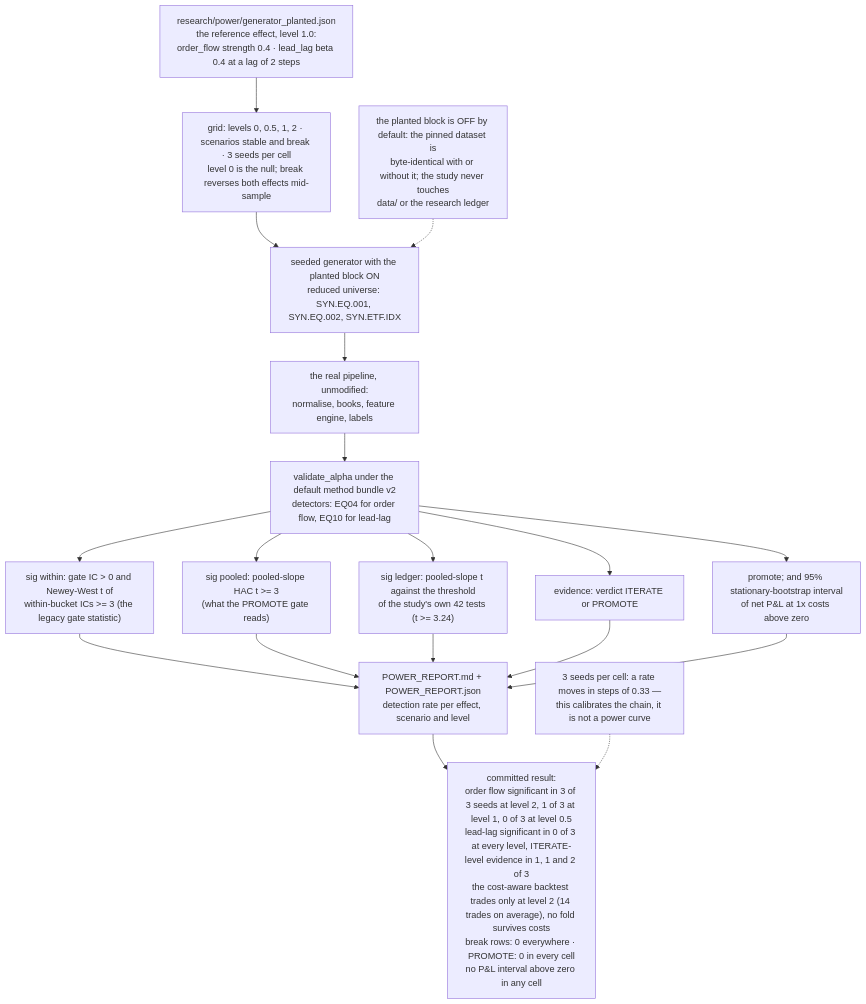
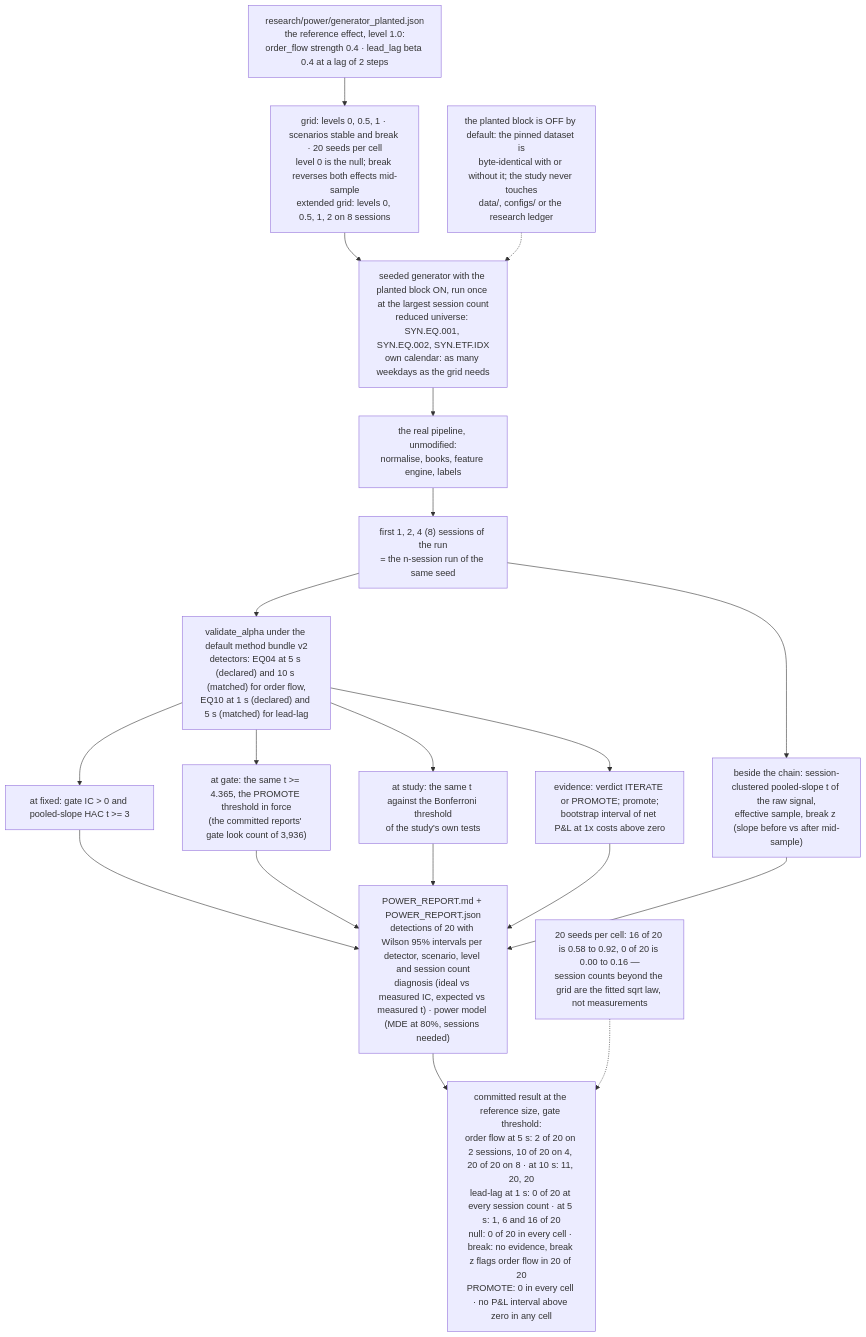
One commit to AshJha0/intraday-alpha-platform changed the diagram in docs/diagrams/power_study_flow.mmd. Above: the diagram before and after it, drawn with Mermaid. The commit also changed 16 other files, not shown here.

First line of the commit message:
research(power): regenerated power reports (default and extended grid), docs and migration notes

```diff
--- a/docs/diagrams/power_study_flow.mmd
+++ b/docs/diagrams/power_study_flow.mmd
@@ -1,20 +1,21 @@
 flowchart TD
     %% python -m iap.research power (iap.research.power) — research/power/POWER_REPORT.md.
-    %% The figures in the last node are the committed three-seed report.
-    CFG["research/power/generator_planted.json<br/>the reference effect, level 1.0:<br/>order_flow strength 0.4 · lead_lag beta 0.4 at a lag of 2 steps"] --> GRID["grid: levels 0, 0.5, 1, 2 · scenarios stable and break · 3 seeds per cell<br/>level 0 is the null; break reverses both effects mid-sample"]
-    GRID --> GEN["seeded generator with the planted block ON<br/>reduced universe: SYN.EQ.001, SYN.EQ.002, SYN.ETF.IDX"]
+    %% The figures in the last node are the committed twenty-seed reports (default and extended grid).
+    CFG["research/power/generator_planted.json<br/>the reference effect, level 1.0:<br/>order_flow strength 0.4 · lead_lag beta 0.4 at a lag of 2 steps"] --> GRID["grid: levels 0, 0.5, 1 · scenarios stable and break · 20 seeds per cell<br/>level 0 is the null; break reverses both effects mid-sample<br/>extended grid: levels 0, 0.5, 1, 2 on 8 sessions"]
+    GRID --> GEN["seeded generator with the planted block ON, run once at the largest session count<br/>reduced universe: SYN.EQ.001, SYN.EQ.002, SYN.ETF.IDX<br/>own calendar: as many weekdays as the grid needs"]
     GEN --> PIPE["the real pipeline, unmodified:<br/>normalise, books, feature engine, labels"]
-    PIPE --> VAL["validate_alpha under the default method bundle v2<br/>detectors: EQ04 for order flow, EQ10 for lead-lag"]
-    VAL --> S1["sig within: gate IC > 0 and Newey-West t of<br/>within-bucket ICs >= 3 (the legacy gate statistic)"]
-    VAL --> S2["sig pooled: pooled-slope HAC t >= 3<br/>(what the PROMOTE gate reads)"]
-    VAL --> S3["sig ledger: pooled-slope t against the threshold<br/>of the study's own 42 tests (t >= 3.24)"]
-    VAL --> S4["evidence: verdict ITERATE or PROMOTE"]
-    VAL --> S5["promote; and 95% stationary-bootstrap interval<br/>of net P&L at 1x costs above zero"]
-    S1 --> REP["POWER_REPORT.md + POWER_REPORT.json<br/>detection rate per effect, scenario and level"]
+    PIPE --> PRE["first 1, 2, 4 (8) sessions of the run<br/>= the n-session run of the same seed"]
+    PRE --> VAL["validate_alpha under the default method bundle v2<br/>detectors: EQ04 at 5 s (declared) and 10 s (matched) for order flow,<br/>EQ10 at 1 s (declared) and 5 s (matched) for lead-lag"]
+    VAL --> S1["at fixed: gate IC > 0 and pooled-slope HAC t >= 3"]
+    VAL --> S2["at gate: the same t >= 4.365, the PROMOTE threshold in force<br/>(the committed reports' gate look count of 3,936)"]
+    VAL --> S3["at study: the same t against the Bonferroni threshold<br/>of the study's own tests"]
+    VAL --> S4["evidence: verdict ITERATE or PROMOTE; promote;<br/>bootstrap interval of net P&L at 1x costs above zero"]
+    PRE --> S5["beside the chain: session-clustered pooled-slope t of the raw signal,<br/>effective sample, break z (slope before vs after mid-sample)"]
+    S1 --> REP["POWER_REPORT.md + POWER_REPORT.json<br/>detections of 20 with Wilson 95% intervals per detector, scenario, level and session count<br/>diagnosis (ideal vs measured IC, expected vs measured t) · power model (MDE at 80%, sessions needed)"]
     S2 --> REP
     S3 --> REP
     S4 --> REP
     S5 --> REP
-    REP --> READ["committed result:<br/>order flow significant in 3 of 3 seeds at level 2, 1 of 3 at level 1, 0 of 3 at level 0.5<br/>lead-lag significant in 0 of 3 at every level, ITERATE-level evidence in 1, 1 and 2 of 3<br/>the cost-aware backtest trades only at level 2 (14 trades on average), no fold survives costs<br/>break rows: 0 everywhere · PROMOTE: 0 in every cell<br/>no P&L interval above zero in any cell"]
-    OFF["the planted block is OFF by default: the pinned dataset is<br/>byte-identical with or without it; the study never touches<br/>data/ or the research ledger"] -.-> GEN
-    LIM["3 seeds per cell: a rate moves in steps of 0.33 —<br/>this calibrates the chain, it is not a power curve"] -.-> READ
+    REP --> READ["committed result at the reference size, gate threshold:<br/>order flow at 5 s: 2 of 20 on 2 sessions, 10 of 20 on 4, 20 of 20 on 8 · at 10 s: 11, 20, 20<br/>lead-lag at 1 s: 0 of 20 at every session count · at 5 s: 1, 6 and 16 of 20<br/>null: 0 of 20 in every cell · break: no evidence, break z flags order flow in 20 of 20<br/>PROMOTE: 0 in every cell · no P&L interval above zero in any cell"]
+    OFF["the planted block is OFF by default: the pinned dataset is<br/>byte-identical with or without it; the study never touches<br/>data/, configs/ or the research ledger"] -.-> GEN
+    LIM["20 seeds per cell: 16 of 20 is 0.58 to 0.92, 0 of 20 is 0.00 to 0.16 —<br/>session counts beyond the grid are the fitted sqrt law, not measurements"] -.-> READ
```
